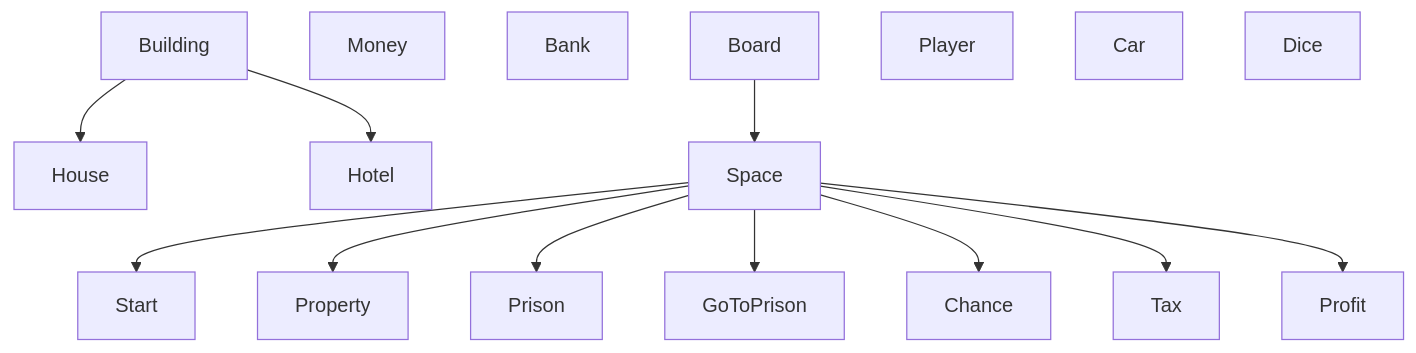
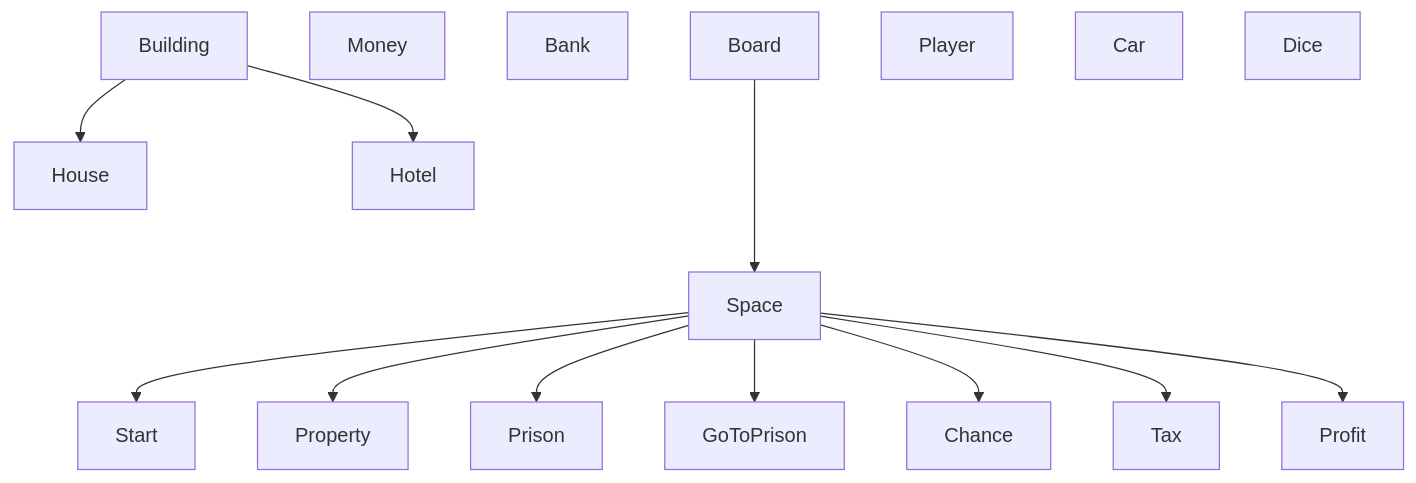
One commit to duduardo45/INF1636-POO-Banco-Imobiliario changed the first of 4 diagrams in README.md. Above: the diagram before and after it, drawn with Mermaid. The commit also changed other lines of this file and 2 other files, not shown here.

````diff
--- a/README.md
+++ b/README.md
@@ -18,18 +18,18 @@
 ```mermaid
 graph
     Building --> House;
     Building --> Hotel;
     Money;
     Bank;
-    Board --> Space;
+    Board ---> Space;
     Space --> Start;
     Space --> Property;
     Space --> Prison;
     Space --> GoToPrison;
     Space --> Chance;
     Space --> Tax;
     Space --> Profit;
     Player;
     Car;
     Dice;
 ```
````
